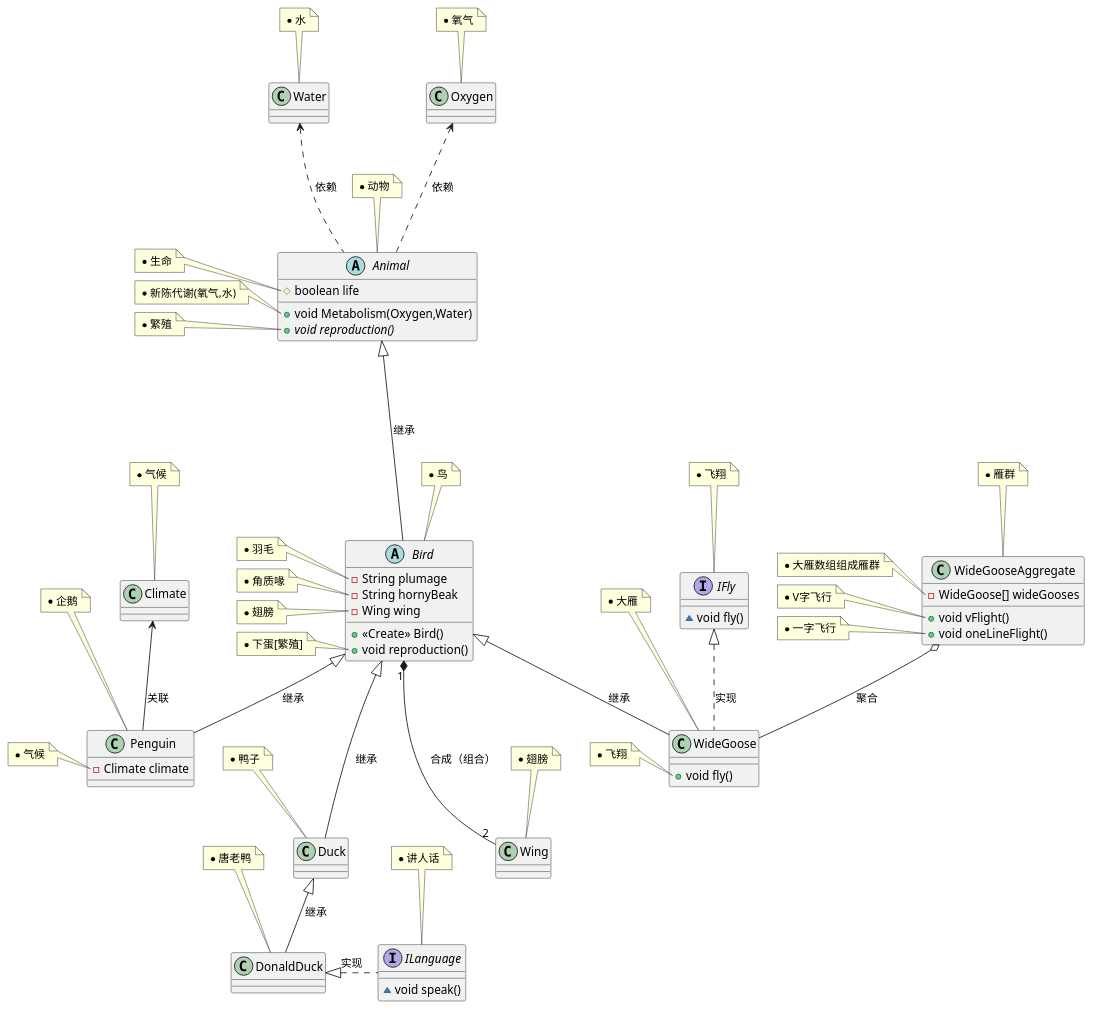
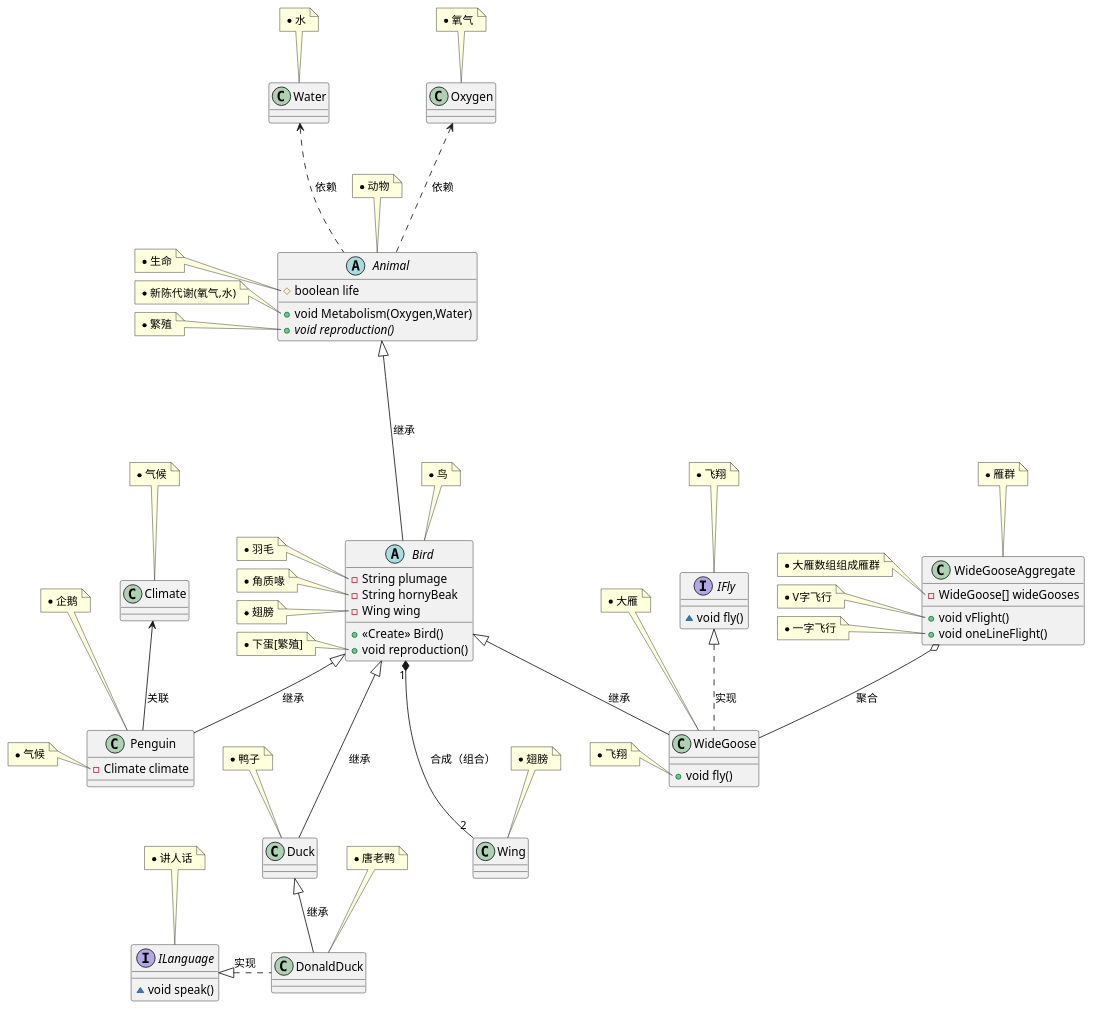
Before and after one commit to yuanyf417/DP: the diagram in ch0.puml, drawn with PlantUML.

Commit message:
fix: chp0 uml

```diff
--- a/ch0.puml
+++ b/ch0.puml
@@ -1,143 +1,143 @@
 @startuml
 class DonaldDuck {
 }
 note top of DonaldDuck
  * 唐老鸭
 end note
 
 class Water {
 }
 note top of Water
  * 水
 end note
 
 class Duck {
 }
 note top of Duck
  * 鸭子
 end note
 
 class WideGoose {
 + void fly()
 }
 note top of WideGoose
  * 大雁
 end note
 note left of WideGoose::fly()
  * 飞翔
 end note
 
 interface ILanguage {
 ~ void speak()
 }
 note top of ILanguage
  * 讲人话
 end note
 
 class WideGooseAggregate {
 - WideGoose[] wideGooses
 + void vFlight()
 + void oneLineFlight()
 }
 note top of WideGooseAggregate
  * 雁群
 end note
 note left of WideGooseAggregate::wideGooses
  * 大雁数组组成雁群
 end note
 note left of WideGooseAggregate::vFlight()
  * V字飞行
 end note
 note left of WideGooseAggregate::oneLineFlight()
  * 一字飞行
 end note
 
 interface IFly {
 ~ void fly()
 }
 note top of IFly
  * 飞翔
 end note
 
 abstract class Animal {
 # boolean life
 + void Metabolism(Oxygen,Water)
 + {abstract}void reproduction()
 }
 note top of Animal
  * 动物
 end note
 note left of Animal::life
  * 生命
 end note
 note left of Animal::Metabolism(Oxygen,Water)
  * 新陈代谢(氧气,水)
 end note
 note left of Animal::reproduction()
  * 繁殖
 end note
 
 class Penguin {
 - Climate climate
 }
 note top of Penguin
  * 企鹅
 end note
 note left of Penguin::climate
  * 气候
 end note
 
 abstract class Bird {
 - String plumage
 - String hornyBeak
 - Wing wing
 + <<Create>> Bird()
 + void reproduction()
 }
 note top of Bird
  * 鸟
 end note
 
 note left of Bird::plumage
  * 羽毛
 end note
 note left of Bird::hornyBeak
  * 角质喙
 end note
 note left of Bird::wing
  * 翅膀
 end note
 note left of Bird::reproduction()
  * 下蛋[繁殖]
 end note
 
 class Wing {
 }
 note top of Wing
  * 翅膀
 end note
 class Climate {
 }
 note top of Climate
  * 气候
 end note
 
 class Oxygen {
 }
 note top of Oxygen
  * 氧气
 end note
 
 Animal <|---- Bird :继承
 Bird <|-- Penguin :继承
 Bird <|-- WideGoose :继承
 Bird <|--- Duck :继承
 Bird "1"*---"2" Wing :合成（组合）
 Duck <|-- DonaldDuck :继承
-DonaldDuck <|. ILanguage : 实现
+ILanguage <|. DonaldDuck : 实现
 WideGooseAggregate o-- WideGoose : 聚合
 Water <... Animal : 依赖
 Oxygen <... Animal : 依赖
 IFly <|.. WideGoose : 实现
 Climate <-- Penguin :关联
 @enduml
```
